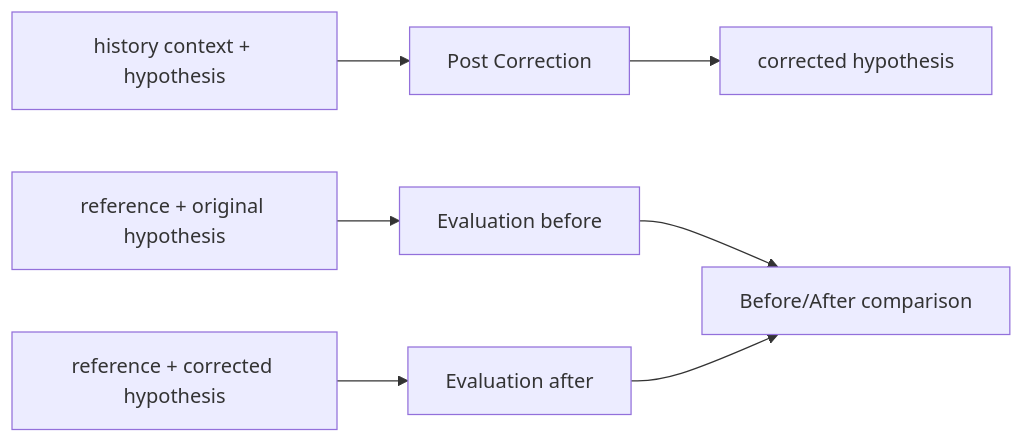
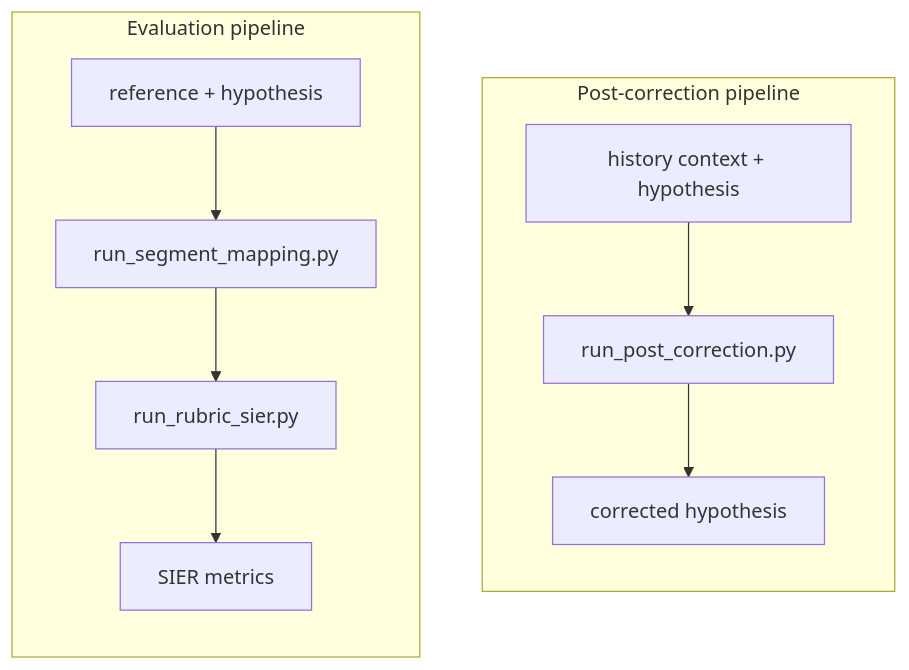
The diagram in README.md (NytePlus/SMART), drawn with Mermaid before and after one commit. The commit also changed other lines of this file and 83 other files, not shown here.

````diff
--- a/README.md
+++ b/README.md
@@ -284,9 +31,15 @@
 ```mermaid
 flowchart LR
-    H[history context + hypothesis] --> P[Post Correction]
-    P --> CH[corrected hypothesis]
-    B[reference + original hypothesis] --> E1[Evaluation before]
-    A[reference + corrected hypothesis] --> E2[Evaluation after]
-    E1 --> C[Before/After comparison]
-    E2 --> C
+    subgraph Correction[Post-correction pipeline]
+        C1[history context + hypothesis] --> C2[run_post_correction.py]
+        C2 --> C3[corrected hypothesis]
+    end
+
+    subgraph Evaluation[Evaluation pipeline]
+        E1[reference + hypothesis] --> E2[run_segment_mapping.py]
+        E2 --> E3[run_rubric_sier.py]
+        E3 --> E4[SIER metrics]
+    end
+
+    Evaluation ~~~ Correction
 ```
````
